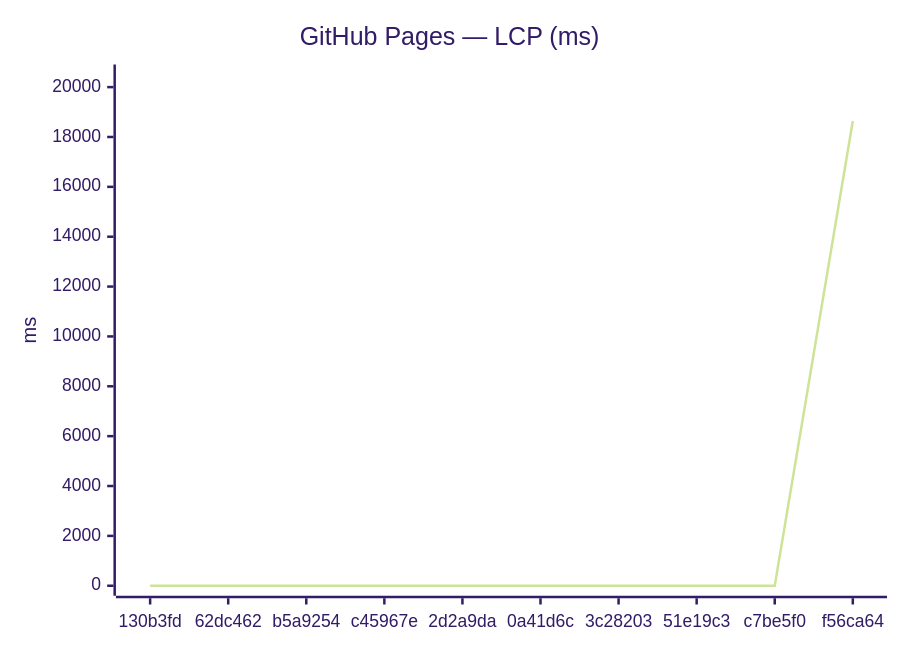
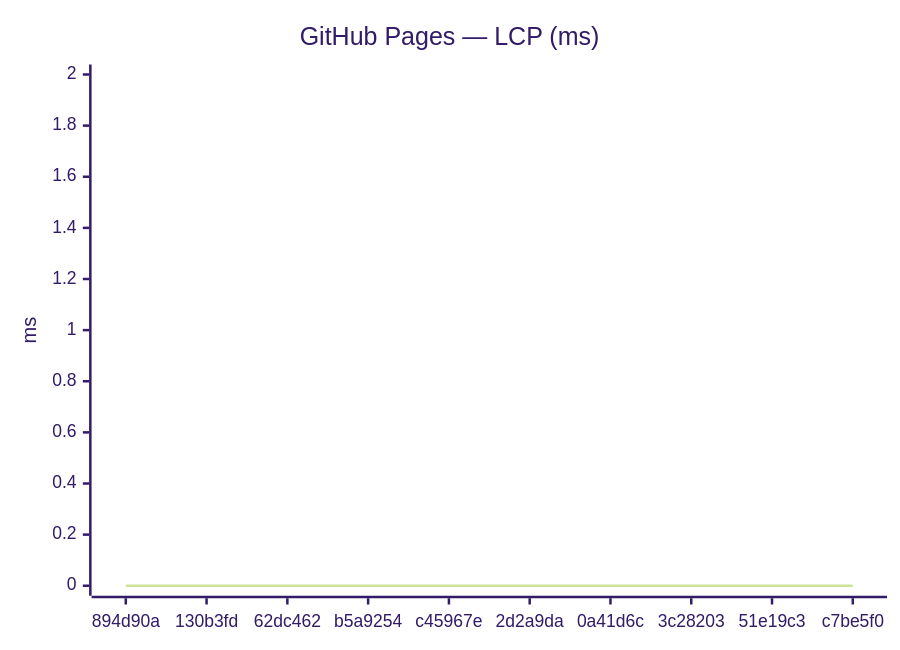
Before and after one commit to Metaheurist/Rianell: the third of 18 diagrams in benchmarks/compare.md, drawn with Mermaid (forest theme). The commit also changed other lines of this file and 11 other files, not shown here.

````diff
--- a/benchmarks/compare.md
+++ b/benchmarks/compare.md
@@ -54,7 +54,7 @@
 ```mermaid
 xychart-beta
     title "GitHub Pages — LCP (ms)"
-    x-axis ["130b3fd", "62dc462", "b5a9254", "c45967e", "2d2a9da", "0a41d6c", "3c28203", "51e19c3", "c7be5f0", "f56ca64"]
-    y-axis "ms" 0 --> 20506
-    line [0, 0, 0, 0, 0, 0, 0, 0, 0, 18641]
+    x-axis ["894d90a", "130b3fd", "62dc462", "b5a9254", "c45967e", "2d2a9da", "0a41d6c", "3c28203", "51e19c3", "c7be5f0"]
+    y-axis "ms" 0 --> 2
+    line [0, 0, 0, 0, 0, 0, 0, 0, 0, 0]
 ```
````
